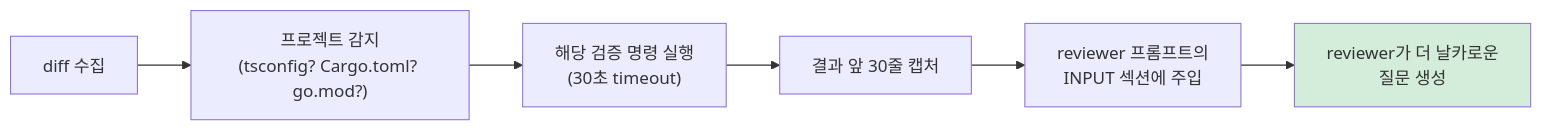
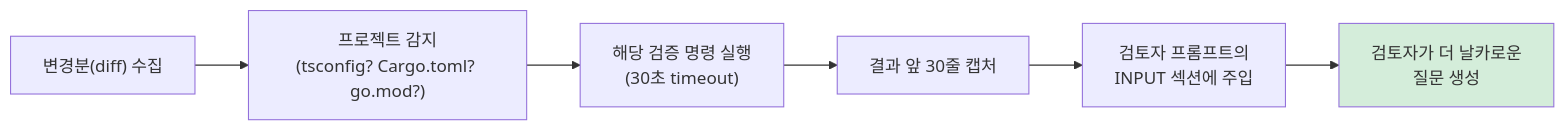
The eighth of 12 diagrams in docs/09-검증-레이어-동작원리.md (Jimmy-Jung/ai-symbiote), drawn with Mermaid before and after one commit. The commit also changed other lines of this file, not shown here.

````diff
--- a/docs/09-검증-레이어-동작원리.md
+++ b/docs/09-검증-레이어-동작원리.md
@@ -248,10 +271,10 @@
 ```mermaid
 flowchart LR
-    A["diff 수집"] --> B["프로젝트 감지<br/>(tsconfig? Cargo.toml? go.mod?)"]
+    A["변경분(diff) 수집"] --> B["프로젝트 감지<br/>(tsconfig? Cargo.toml? go.mod?)"]
     B --> C["해당 검증 명령 실행<br/>(30초 timeout)"]
     C --> D["결과 앞 30줄 캡처"]
-    D --> E["reviewer 프롬프트의<br/>INPUT 섹션에 주입"]
-    E --> F["reviewer가 더 날카로운<br/>질문 생성"]
+    D --> E["검토자 프롬프트의<br/>INPUT 섹션에 주입"]
+    E --> F["검토자가 더 날카로운<br/>질문 생성"]
 
     style F fill:#d4edda
 ```
````
